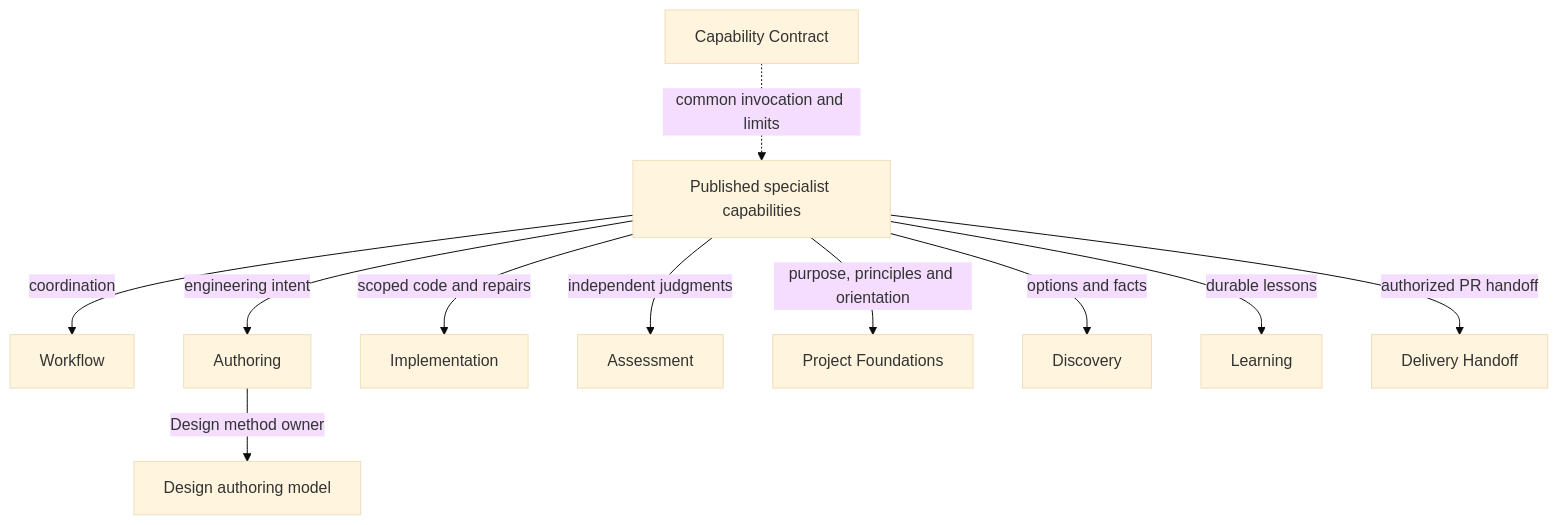
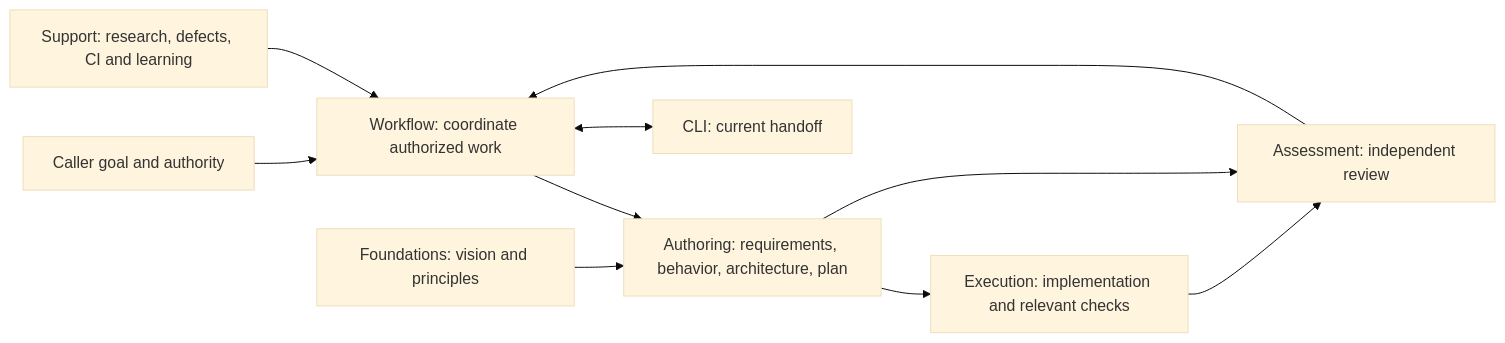
The first of 2 diagrams in docs/design/skill/skill.md (xiongxianfei/rigorloop), drawn with Mermaid (base theme) before and after one commit. The commit also changed other lines of this file and 512 other files, not shown here.

````diff
--- a/docs/design/skill/skill.md
+++ b/docs/design/skill/skill.md
@@ -155,13 +27,12 @@
 ```mermaid
-flowchart TB
-    Contract["Capability Contract"] -.->|"common invocation and limits"| Capabilities["Published specialist capabilities"]
-    Capabilities -->|"coordination"| Workflow["Workflow"]
-    Capabilities -->|"engineering intent"| Authoring["Authoring"]
-    Capabilities -->|"scoped code and repairs"| Implementation["Implementation"]
-    Capabilities -->|"independent judgments"| Assessment["Assessment"]
-    Capabilities -->|"purpose, principles and orientation"| Foundations["Project Foundations"]
-    Capabilities -->|"options and facts"| Discovery["Discovery"]
-    Capabilities -->|"durable lessons"| Learning["Learning"]
-    Capabilities -->|"authorized PR handoff"| Handoff["Delivery Handoff"]
-    Authoring -->|"Design method owner"| Design["Design authoring model"]
+flowchart LR
+  Caller["Caller goal and authority"] --> Workflow["Workflow: coordinate authorized work"]
+  Workflow --> Authoring["Authoring: requirements, behavior, architecture, plan"]
+  Authoring --> Execution["Execution: implementation and relevant checks"]
+  Authoring --> Assessment["Assessment: independent review"]
+  Execution --> Assessment
+  Assessment --> Workflow
+  Foundations["Foundations: vision and principles"] --> Authoring
+  Support["Support: research, defects, CI and learning"] --> Workflow
+  Workflow <--> CLI["CLI: current handoff"]
 ```
````
